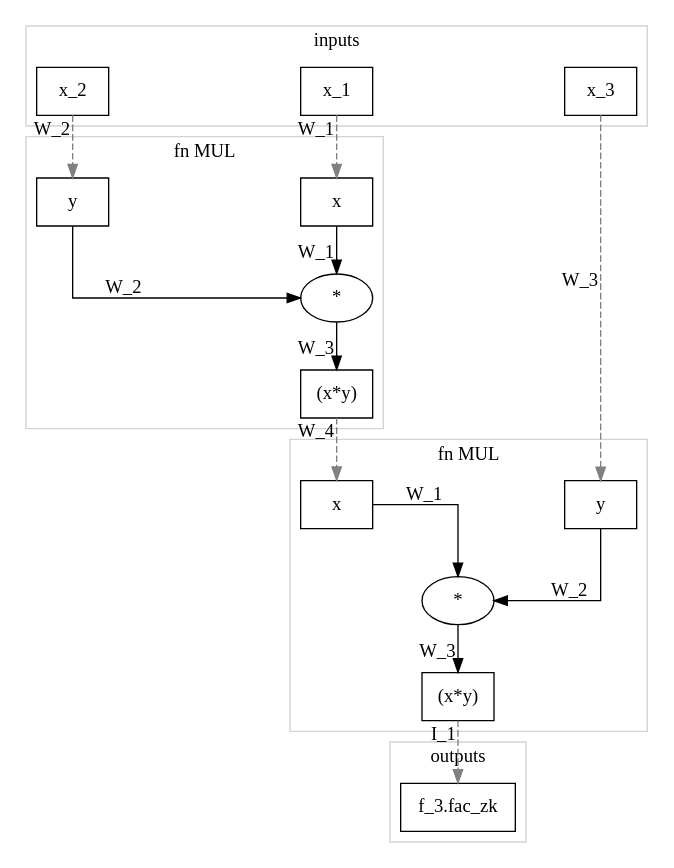
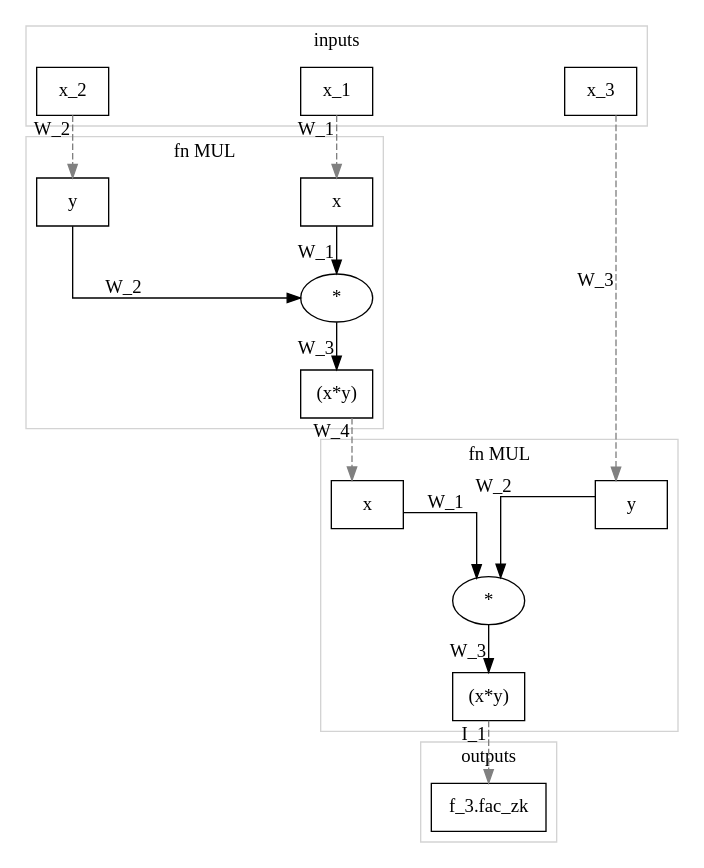
One commit to LeastAuthority/moonmath-manual changed the diagram in tmp/PAPER3FUC.dot. Above: the diagram before and after it, drawn with Graphviz. The commit also changed other lines of this file and 76 other files, not shown here.

```diff
--- a/tmp/PAPER3FUC.dot
+++ b/tmp/PAPER3FUC.dot
@@ -1,69 +1,69 @@
 digraph PAPER3FUC {
 	graph [forcelabels=true,
 		nodesep=2.0,
 		splines=ortho
 	];
-	subgraph cluster_output {
-		graph [color=lightgray,
-			label=outputs
-		];
-		nout1	[label="f_3.fac_zk",
-			shape=box];
-	}
 	subgraph cluster_mul2 {
 		graph [color=lightgray,
 			label="fn MUL"
 		];
 		nmul21	[label=x,
 			shape=box];
 		nmul23	[label="*"];
 		nmul21 -> nmul23	[xlabel=W_1];
 		nmul22	[label=y,
 			shape=box];
 		nmul22 -> nmul23	[xlabel=W_2];
 		nmul24	[label="(x*y)",
 			shape=box];
 		nmul23 -> nmul24	[xlabel=W_3];
 	}
-	subgraph cluster_input {
-		graph [color=lightgray,
-			label=inputs
-		];
-		nin1	[label=x_1,
-			shape=box];
-		nin2	[label=x_2,
-			shape=box];
-		nin3	[label=x_3,
-			shape=box];
-	}
 	subgraph cluster_mul1 {
 		graph [color=lightgray,
 			label="fn MUL"
 		];
 		nmul11	[label=x,
 			shape=box];
 		nmul13	[label="*"];
 		nmul11 -> nmul13	[xlabel=W_1];
 		nmul12	[label=y,
 			shape=box];
 		nmul12 -> nmul13	[xlabel=W_2];
 		nmul14	[label="(x*y)",
 			shape=box];
 		nmul13 -> nmul14	[xlabel=W_3];
+	}
+	subgraph cluster_input {
+		graph [color=lightgray,
+			label=inputs
+		];
+		nin1	[label=x_1,
+			shape=box];
+		nin2	[label=x_2,
+			shape=box];
+		nin3	[label=x_3,
+			shape=box];
+	}
+	subgraph cluster_output {
+		graph [color=lightgray,
+			label=outputs
+		];
+		nout1	[label="f_3.fac_zk",
+			shape=box];
 	}
 	nin1 -> nmul11	[color=grey,
 		style=dashed,
 		xlabel=W_1];
 	nin2 -> nmul12	[color=grey,
 		style=dashed,
 		xlabel=W_2];
 	nin3 -> nmul22	[color=grey,
 		style=dashed,
 		xlabel=W_3];
 	nmul14 -> nmul21	[color=grey,
 		style=dashed,
 		xlabel=W_4];
 	nmul24 -> nout1	[color=grey,
 		style=dashed,
 		xlabel=I_1];
 }
```
